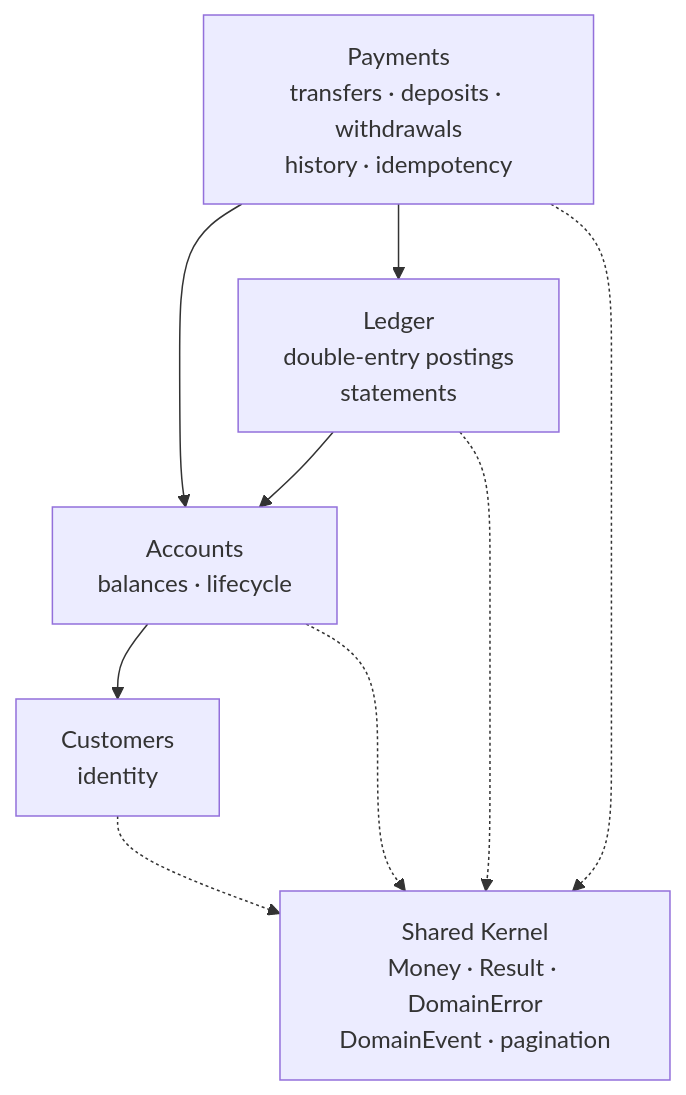
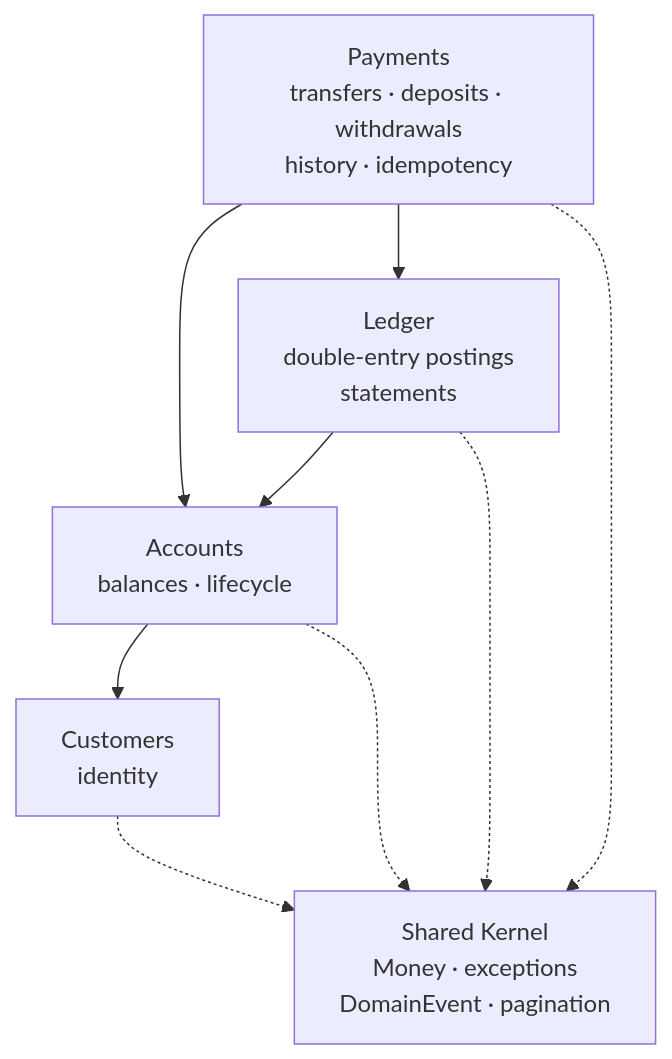
The first of 2 diagrams in docs/ARCHITECTURE.md (abastidas-innovatiopr/dotnet-to-java), drawn with Mermaid before and after one commit. The commit also changed other lines of this file and 124 other files, not shown here.

````diff
--- a/docs/ARCHITECTURE.md
+++ b/docs/ARCHITECTURE.md
@@ -225,17 +251,17 @@
 ```mermaid
 graph TD
     Payments[Payments<br/>transfers · deposits · withdrawals<br/>history · idempotency]
     Ledger[Ledger<br/>double-entry postings<br/>statements]
     Accounts[Accounts<br/>balances · lifecycle]
     Customers[Customers<br/>identity]
-    Shared[Shared Kernel<br/>Money · Result · DomainError<br/>DomainEvent · pagination]
+    Shared[Shared Kernel<br/>Money · exceptions<br/>DomainEvent · pagination]
 
     Payments --> Accounts
     Payments --> Ledger
     Ledger --> Accounts
     Accounts --> Customers
     Payments -.-> Shared
     Ledger -.-> Shared
     Accounts -.-> Shared
     Customers -.-> Shared
 ```
````
